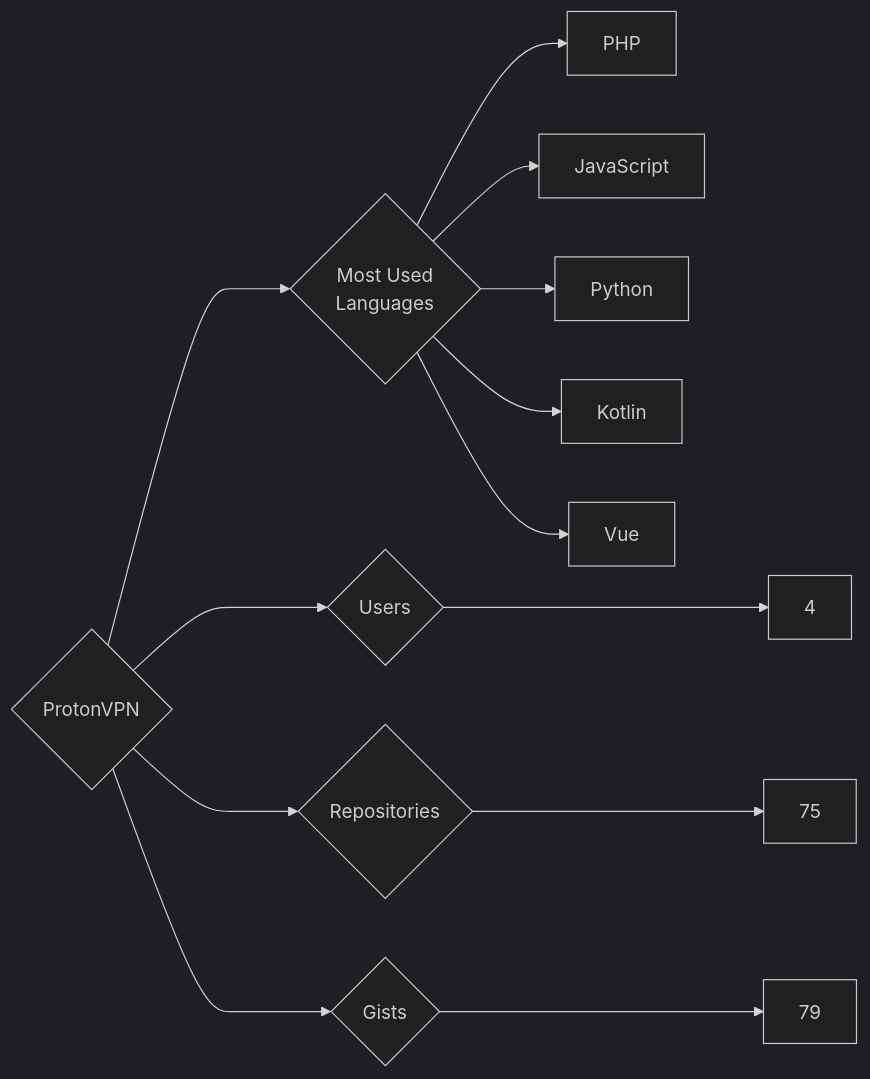
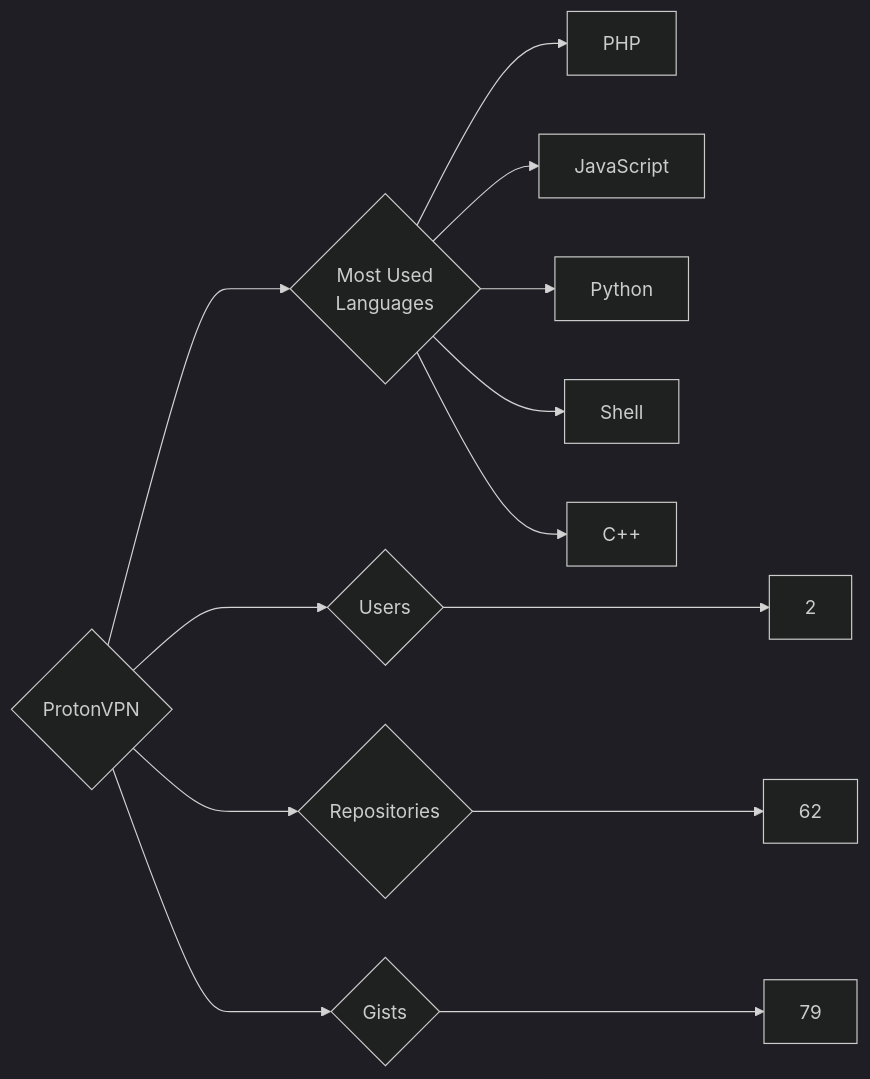
One commit to trickest/insiders changed the diagram in targets/ProtonVPN/README.md. Above: the diagram before and after it, drawn with Mermaid (dark theme). The commit also changed 823 other files, not shown here.

````diff
--- a/targets/ProtonVPN/README.md
+++ b/targets/ProtonVPN/README.md
@@ -3,13 +3,13 @@
 ```mermaid
 graph LR
 COMPANY_NAME{ProtonVPN}
-COMPANY_NAME ---> U{Users} ---> UN[4]
-COMPANY_NAME ---> R{Repositories} ---> RN[75]
+COMPANY_NAME ---> U{Users} ---> UN[2]
+COMPANY_NAME ---> R{Repositories} ---> RN[62]
 COMPANY_NAME ---> G{Gists} ---> GN[79]
 COMPANY_NAME ---> ML{Most Used<br>Languages}
 ML --> PHP[PHP]
 ML --> JavaScript[JavaScript]
 ML --> Python[Python]
-ML --> Kotlin[Kotlin]
-ML --> Vue[Vue]
+ML --> Shell[Shell]
+ML --> C++[C++]
 ```
````
